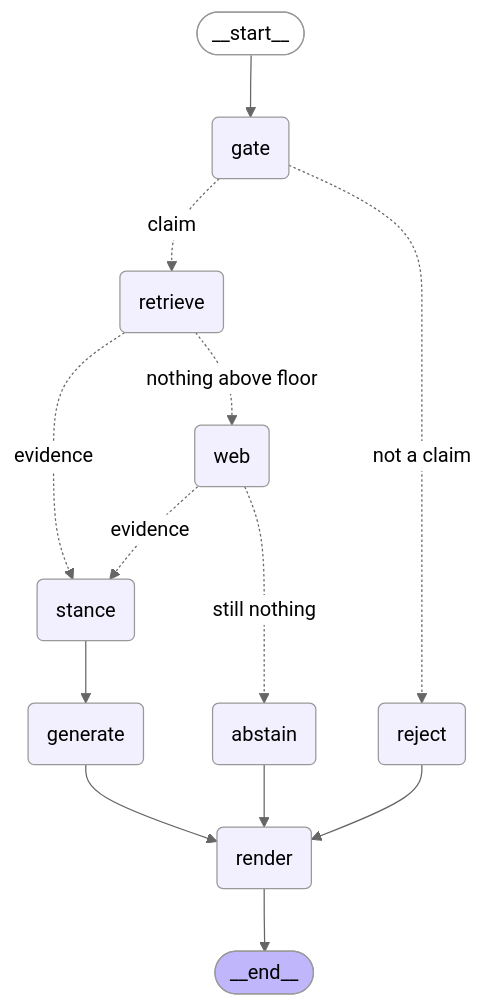
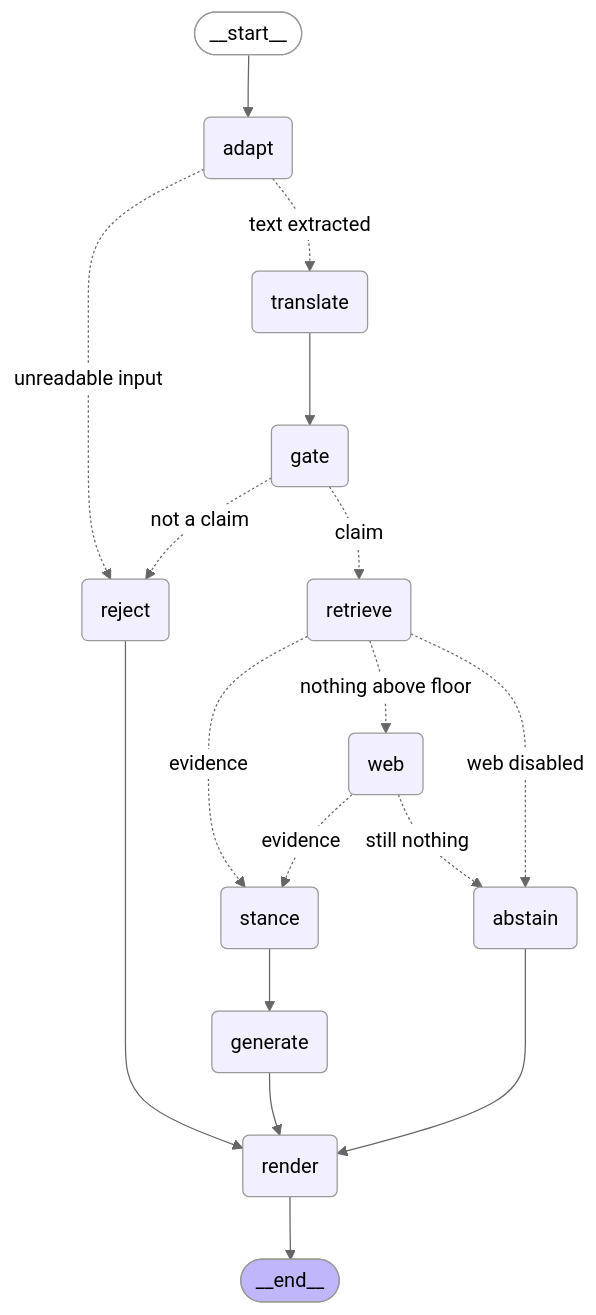
Before and after one commit to nitish2k27/multi-hop-claim--verification1: the diagram in README.md, drawn with Mermaid (neutral theme). The commit also changed other lines of this file and 1 other file, not shown here.

````diff
--- a/README.md
+++ b/README.md
@@ -202,28 +214,34 @@
 ```mermaid
 graph TD;
 	__start__([__start__]):::first
+	adapt(adapt)
+	translate(translate)
 	gate(gate)
 	retrieve(retrieve)
 	web(web)
 	stance(stance)
 	generate(generate)
 	abstain(abstain)
 	reject(reject)
 	render(render)
 	__end__([__end__]):::last
-	__start__ --> gate;
+	__start__ --> adapt;
+	adapt -.->|unreadable input| reject;
+	adapt -.->|text extracted| translate;
+	translate --> gate;
 	gate -.->|not a claim| reject;
 	gate -.->|claim| retrieve;
 	retrieve -.->|evidence| stance;
 	retrieve -.->|nothing above floor| web;
+	retrieve -.->|web disabled| abstain;
 	web -.->|evidence| stance;
 	web -.->|still nothing| abstain;
 	stance --> generate;
 	generate --> render;
 	abstain --> render;
 	reject --> render;
 	render --> __end__;
 	classDef default fill:#f2f0ff,line-height:1.2
 	classDef first fill-opacity:0
 	classDef last fill:#bfb6fc
 ```
````
